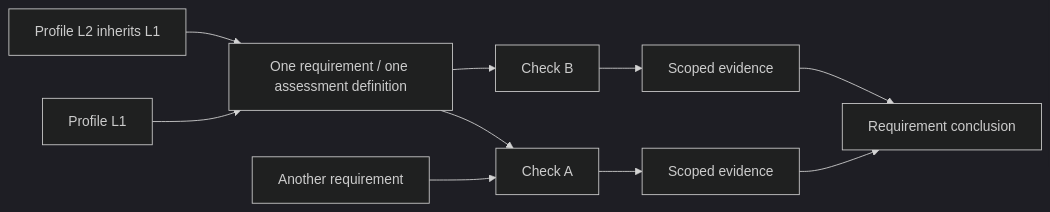
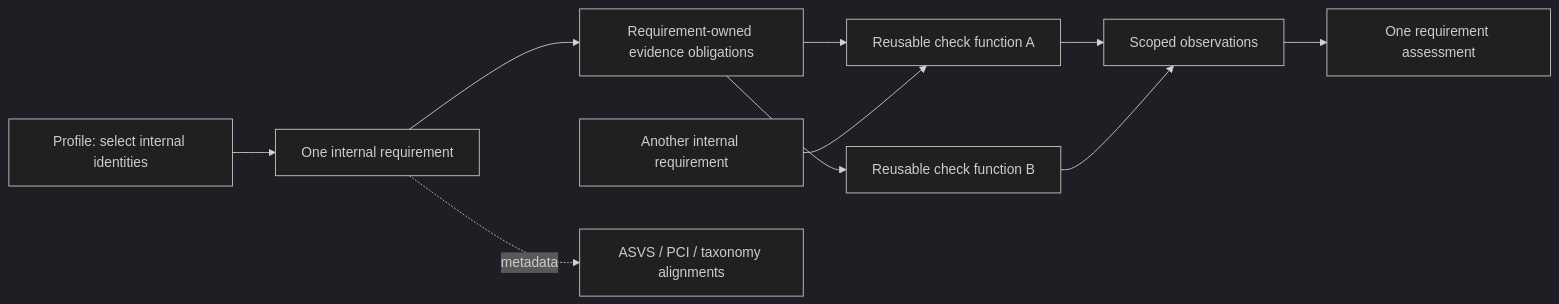
The diagram in docs/requirement-model.md (5mehulhelp5/magebean-cli), drawn with Mermaid (dark theme) before and after one commit. The commit also changed other lines of this file and 97 other files, not shown here.

````diff
--- a/docs/requirement-model.md
+++ b/docs/requirement-model.md
@@ -13,12 +13,12 @@
 ```mermaid
 flowchart LR
-    L1[Profile L1] --> R[One requirement / one assessment definition]
-    L2[Profile L2 inherits L1] --> R
-    R --> A[Check A]
-    R --> B[Check B]
-    Other[Another requirement] --> A
-    A --> E[Scoped evidence]
-    B --> F[Scoped evidence]
-    E --> C[Requirement conclusion]
-    F --> C
+  P[Profile: select internal identities] --> R[One internal requirement]
+  R --> O[Requirement-owned evidence obligations]
+  O --> A[Reusable check function A]
+  O --> B[Reusable check function B]
+  S[Another internal requirement] --> A
+  R -. metadata .-> T[ASVS / PCI / taxonomy alignments]
+  A --> E[Scoped observations]
+  B --> E
+  E --> C[One requirement assessment]
 ```
````
